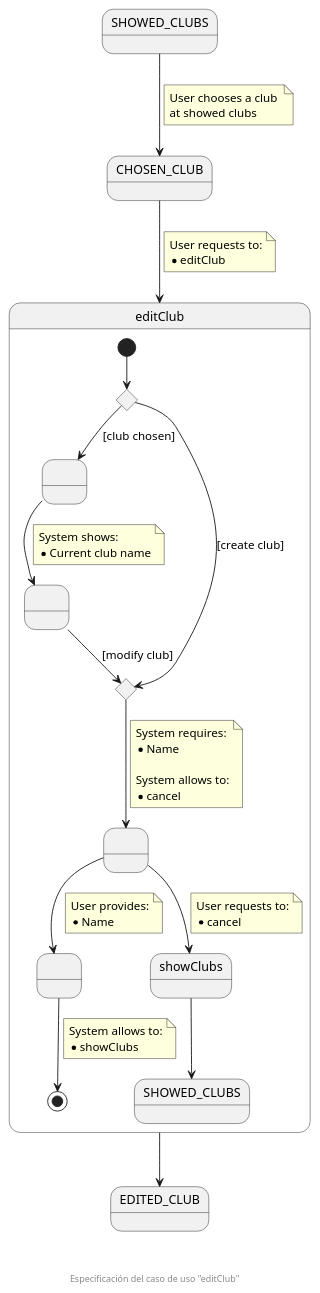
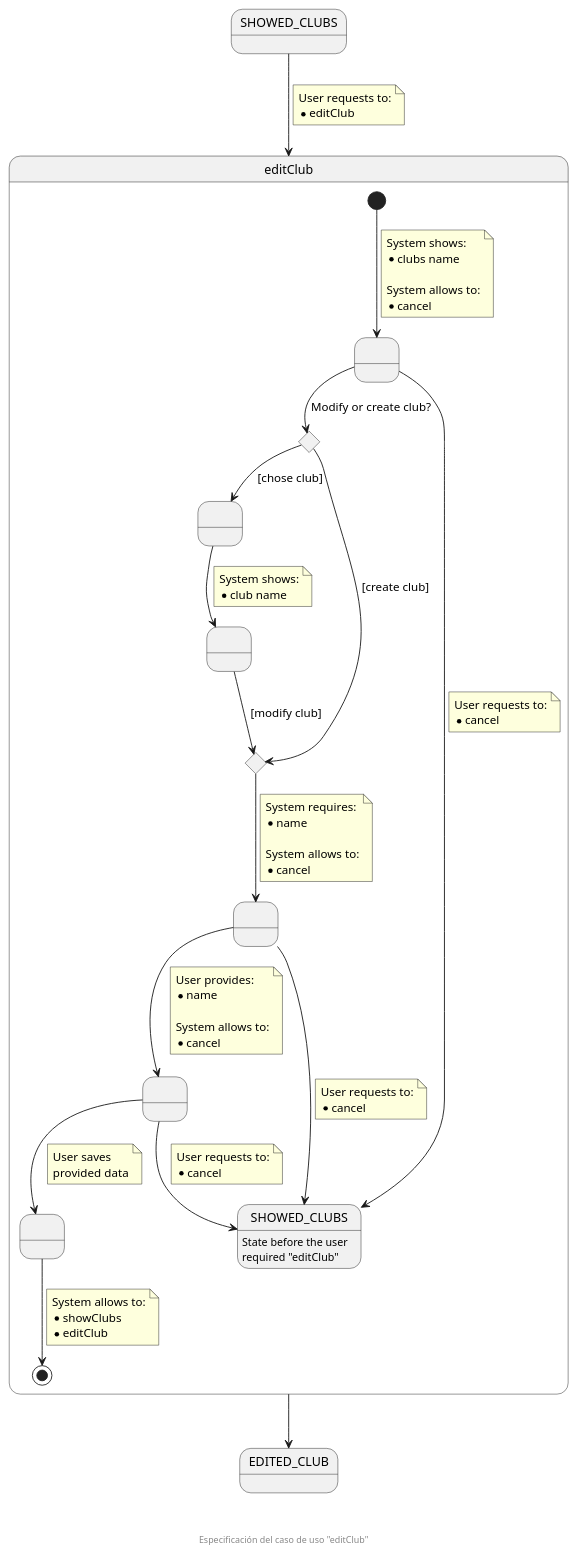
One commit to zuldare/mastercloud_pfm_halterocms changed the diagram in documentation/diagrams/1_requirements/3_useCasesSpecification/organizationSecretary/06_editClub.puml. Above: the diagram before and after it, drawn with PlantUML.

Commit message:
Improve editClub use case specification

```diff
--- a/documentation/diagrams/1_requirements/3_useCasesSpecification/organizationSecretary/06_editClub.puml
+++ b/documentation/diagrams/1_requirements/3_useCasesSpecification/organizationSecretary/06_editClub.puml
@@ -1,64 +1,91 @@
 @startuml
 state SHOWED_CLUBS
-state CHOSEN_CLUB
 state editClub {
+  state " " as SHOWED_CLUBS_TO_BE_EDITED
   state createOrModifyCHC <<choice>>
   state " " as providedClub
   state " " as showedData
   state createOrModifyCHC2 <<choice>>
   state " " as pendingData
   state " " as providedData
-  [*] --> createOrModifyCHC
-  createOrModifyCHC --> providedClub : [club chosen]
+  state " " as savedData
+  [*] --> SHOWED_CLUBS_TO_BE_EDITED
+  note on link
+    System shows:
+    * clubs name
+
+    System allows to:
+    * cancel
+  end note
+
+  SHOWED_CLUBS_TO_BE_EDITED --> createOrModifyCHC : Modify or create club?
+
+  SHOWED_CLUBS_TO_BE_EDITED --> SHOWED_CLUBS_F
+  note on link
+    User requests to:
+    * cancel
+  end note
+
+  createOrModifyCHC --> providedClub : [chose club]
   createOrModifyCHC --> createOrModifyCHC2 : [create club]
   providedClub --> showedData
   note on link
     System shows:
-    * Current club name
+    * club name
   end note
   showedData --> createOrModifyCHC2 : [modify club]
   createOrModifyCHC2 --> pendingData
   note on link
     System requires:
-    * Name
+    * name
 
     System allows to:
     * cancel
   end note
-  pendingData --> showClubs
+  pendingData --> SHOWED_CLUBS_F
   note on link
     User requests to:
     * cancel
   end note
-  showClubs --> SHOWED_CLUBS_F
-  pendingData --> providedData 
+
+  pendingData --> providedData
   note on link
     User provides:
-    * Name
+    * name
+
+    System allows to:
+    * cancel
   end note
-  providedData --> [*]
+
+  providedData --> savedData
+  note on link
+    User saves 
+    provided data
+  end note
+
+  providedData --> SHOWED_CLUBS_F
+  note on link
+    User requests to:
+    * cancel
+  end note
+
+  savedData --> [*]
   note on link
     System allows to:
     * showClubs
+    * editClub
   end note
 }
 state EDITED_CLUB
-state showClubs
-state "SHOWED_CLUBS" as SHOWED_CLUBS_F
+state "SHOWED_CLUBS" as SHOWED_CLUBS_F : State before the user\nrequired "editClub"
 
-SHOWED_CLUBS --> CHOSEN_CLUB
-note on link
-  User chooses a club 
-  at showed clubs
-end note
-
-CHOSEN_CLUB --> editClub
+SHOWED_CLUBS --> editClub
 note on link
   User requests to:
   * editClub
 end note
 
 editClub --> EDITED_CLUB
 
 footer \n\n\n Especificación del caso de uso "editClub"
 @enduml
```
